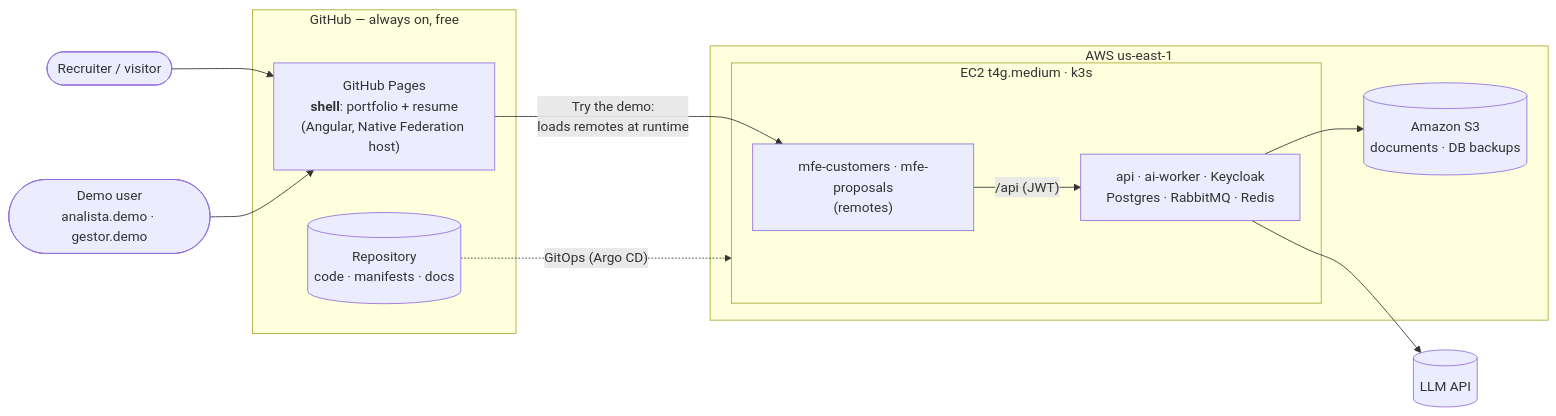
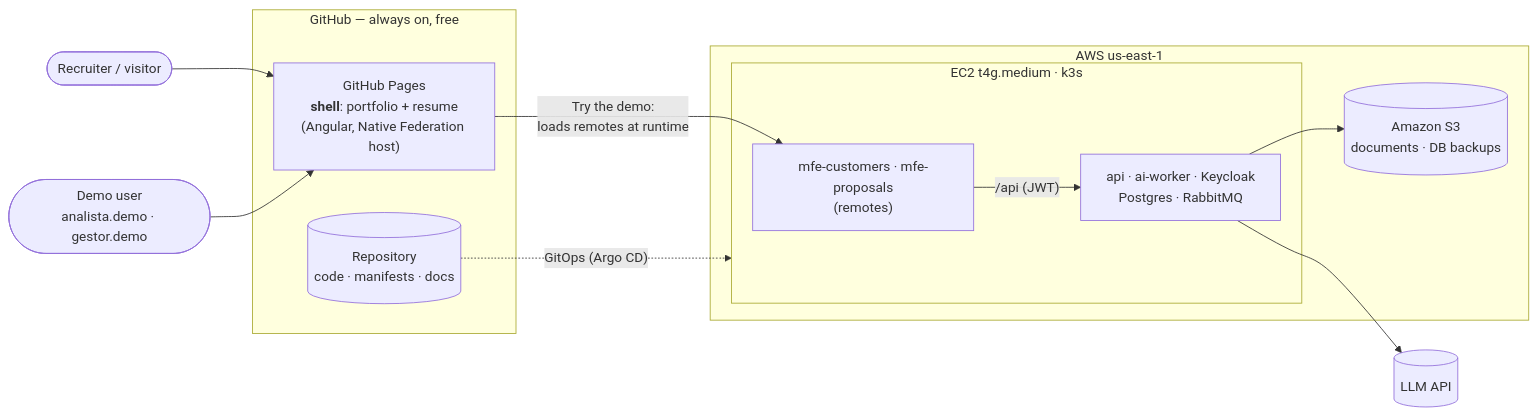
One commit to vanilds/vanilds.github.io changed the first of 8 diagrams in README.md. Above: the diagram before and after it, drawn with Mermaid. The commit also changed other lines of this file and 43 other files, not shown here.

````diff
--- a/README.md
+++ b/README.md
@@ -20,28 +20,28 @@
 ```mermaid
 flowchart LR
     visitor([Recruiter / visitor])
     demo([Demo user<br/>analista.demo · gestor.demo])
 
     subgraph gh["GitHub — always on, free"]
         pages["GitHub Pages<br/><b>shell</b>: portfolio + resume<br/>(Angular, Native Federation host)"]
         repo[(Repository<br/>code · manifests · docs)]
     end
 
     subgraph aws["AWS us-east-1"]
         subgraph ec2["EC2 t4g.medium · k3s"]
             remotes["mfe-customers · mfe-proposals<br/>(remotes)"]
-            backend["api · ai-worker · Keycloak<br/>Postgres · RabbitMQ · Redis"]
+            backend["api · ai-worker · Keycloak<br/>Postgres · RabbitMQ"]
         end
         s3[("Amazon S3<br/>documents · DB backups")]
     end
 
     llm[(LLM API)]
 
     visitor --> pages
     demo --> pages
     pages -- "Try the demo:<br/>loads remotes at runtime" --> remotes
     remotes -- "/api (JWT)" --> backend
     backend --> s3
     backend --> llm
     repo -. "GitOps (Argo CD)" .-> ec2
 ```
````
